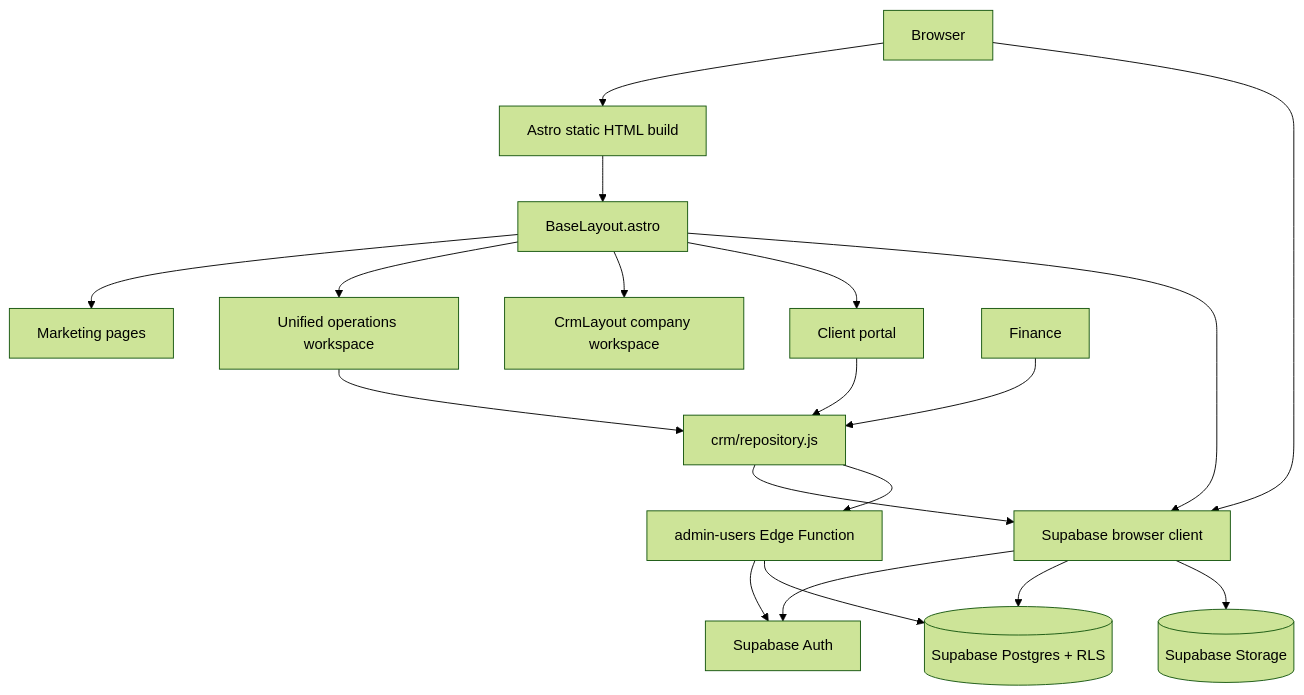
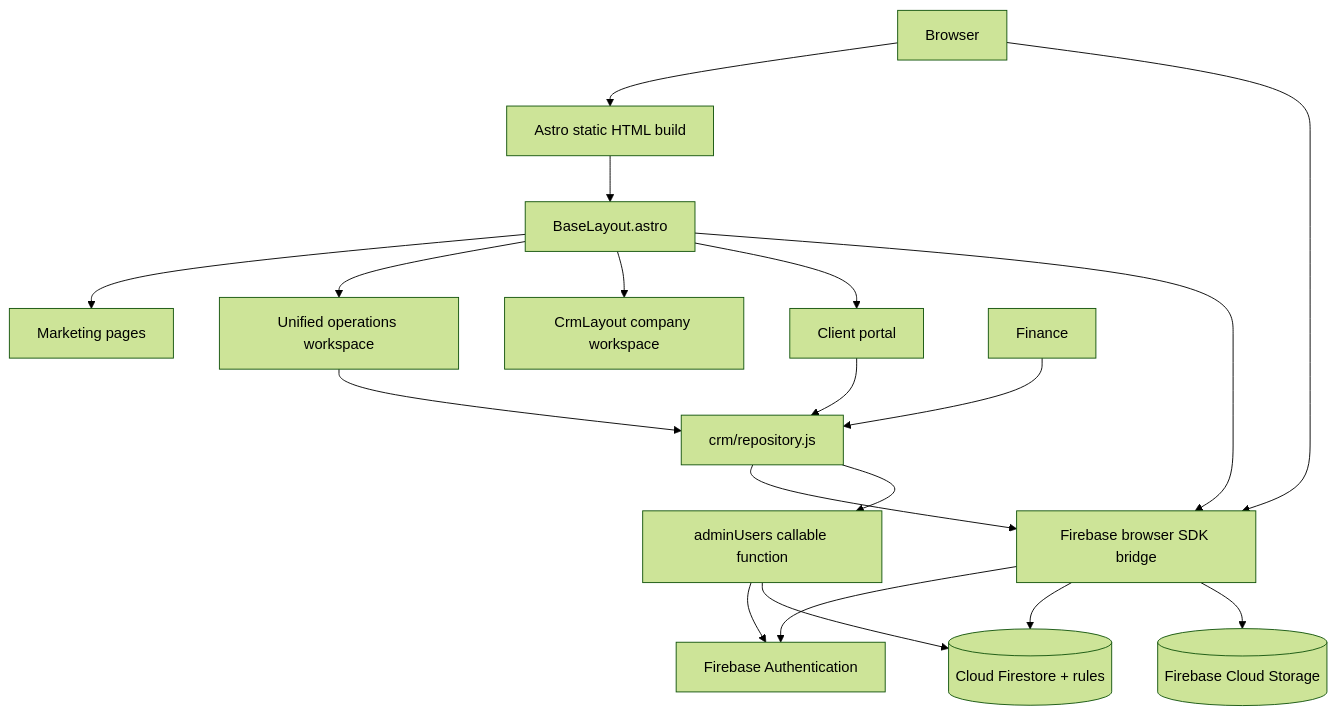
Before and after one commit to techmigosglobal/TechmigosWebsite: the first of 2 diagrams in CODEBASE.md, drawn with Mermaid (forest theme). The commit also changed other lines of this file and 42 other files, not shown here.

Commit message:
feat: migrate Supabase runtime to Firebase backend

````diff
--- a/CODEBASE.md
+++ b/CODEBASE.md
@@ -45,35 +53,35 @@
 ```mermaid
 flowchart TD
     Browser[Browser]
     Astro[Astro static HTML build]
     Base[BaseLayout.astro]
     Marketing[Marketing pages]
     Operations[Unified operations workspace]
     CompanyCRM[CrmLayout company workspace]
     Client[Client portal]
-    SupabaseJS[Supabase browser client]
+    FirebaseJS[Firebase browser SDK bridge]
     Repository[crm/repository.js]
-    Auth[Supabase Auth]
-    DB[(Supabase Postgres + RLS)]
-    Storage[(Supabase Storage)]
-    Edge[admin-users Edge Function]
+    Auth[Firebase Authentication]
+    DB[(Cloud Firestore + rules)]
+    Storage[(Firebase Cloud Storage)]
+    Edge[adminUsers callable function]
 
     Astro --> Base
     Base --> Marketing
     Base --> Operations
     Base --> CompanyCRM
     Base --> Client
-    Base --> SupabaseJS
+    Base --> FirebaseJS
     Browser --> Astro
-    Browser --> SupabaseJS
+    Browser --> FirebaseJS
     Operations --> Repository
     Finance --> Repository
     Client --> Repository
-    SupabaseJS --> Auth
-    SupabaseJS --> DB
-    SupabaseJS --> Storage
-    Repository --> SupabaseJS
+    FirebaseJS --> Auth
+    FirebaseJS --> DB
+    FirebaseJS --> Storage
+    Repository --> FirebaseJS
     Repository --> Edge
     Edge --> Auth
     Edge --> DB
 ```
````
